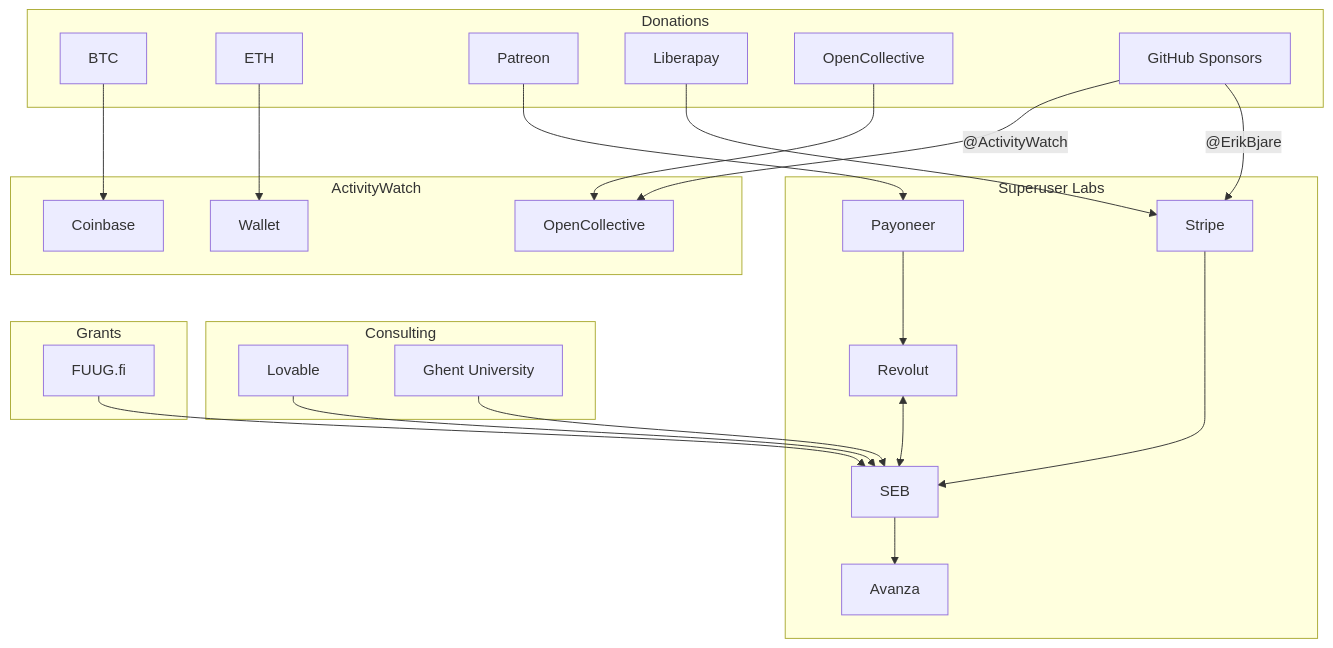
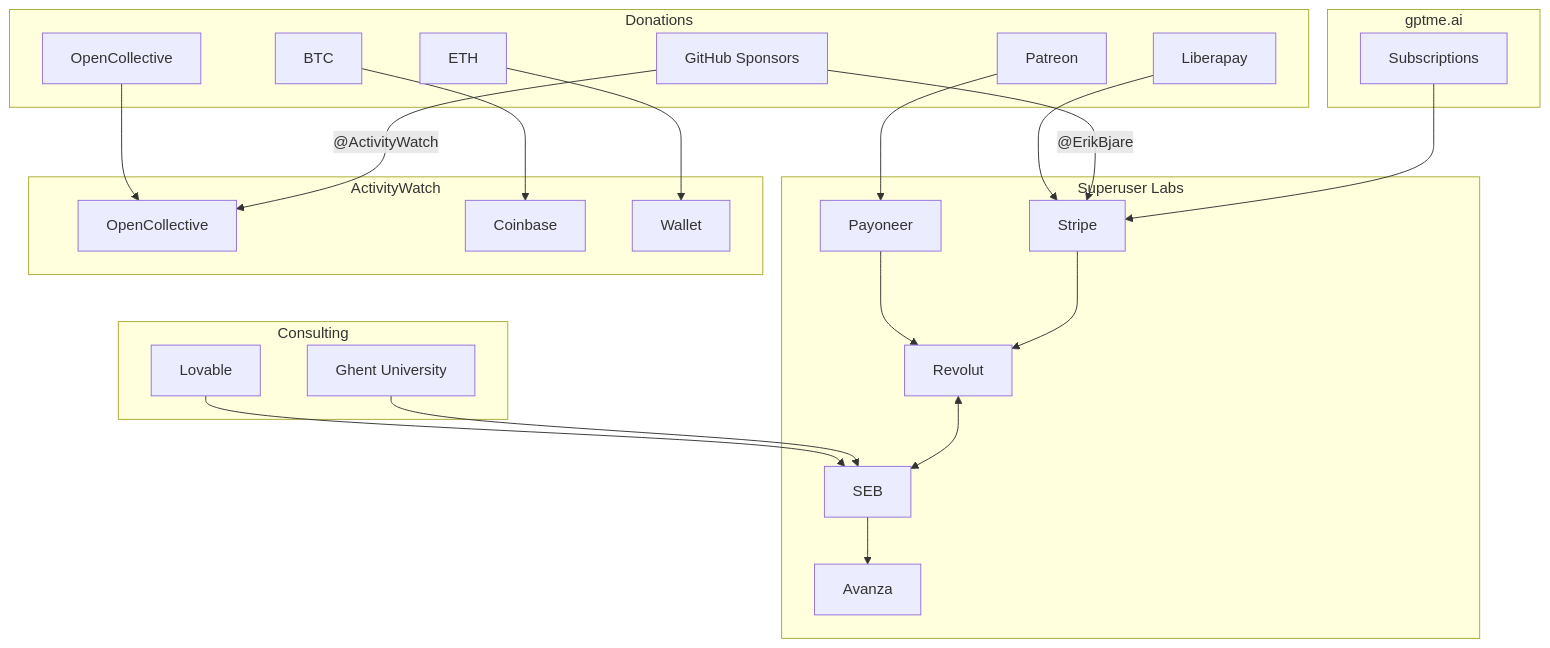
The diagram in README.md (SuperuserLabs/meta), drawn with Mermaid before and after one commit. The commit also changed other lines of this file, not shown here.

Commit message:
docs(README): update mermaid graph of flows to include gptme.ai

````diff
--- a/README.md
+++ b/README.md
@@ -44,46 +44,56 @@
 ```mermaid
 graph TD
     subgraph SL[Superuser Labs]
         SEB
         Revolut
         Payoneer
         Stripe
         Avanza
     end
 
     subgraph AW[ActivityWatch]
         AWOC[OpenCollective]
         Coinbase
         Wallet
     end
 
     subgraph Donations
         BTC
         ETH
         Patreon
         Liberapay
         OC[OpenCollective]
         GHS[GitHub Sponsors]
     end
     OC --> AWOC
     BTC --> Coinbase
     ETH --> Wallet
-    Patreon --> Payoneer --> Revolut
-    Liberapay --> Stripe --> SEB
+    Patreon --> Payoneer
+    Liberapay --> Stripe
     GHS -- @ActivityWatch --> AWOC
     GHS -- @ErikBjare --> Stripe
+
+    subgraph gptme.ai
+        gptme[Subscriptions]
+    end
+    gptme --> Stripe
+
+    %% Processors
+    Payoneer --> Revolut
+    Stripe --> Revolut
 
     subgraph C[Consulting]
         Lovable
         GU[Ghent University]
     end
     Lovable --> SEB
     GU --> SEB
 
-    subgraph Grants
-        FUUG[FUUG.fi]
-    end
-    FUUG --> SEB
+    %% Old, pre-2023 grants
+    %% subgraph Grants
+    %%    FUUG[FUUG.fi]
+    %%    UGP[Uniswap Grants Program]
+    %% end
 
     Revolut <--> SEB --> Avanza
 ```
````
